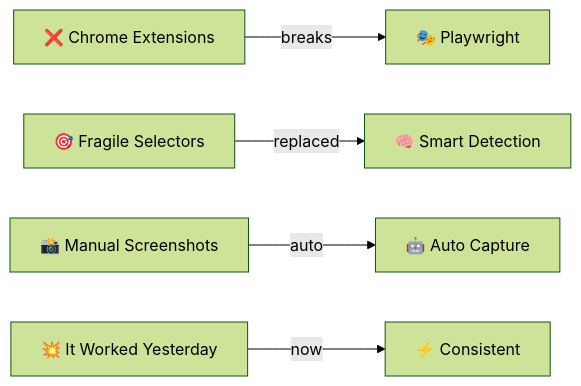
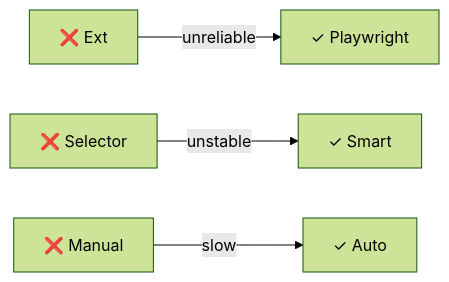
Before and after one commit to mangiapanejohn-dev/Resonix-AG: the third of 5 diagrams in README.md, drawn with Mermaid (forest theme). The commit also changed other lines of this file, not shown here.

````diff
--- a/README.md
+++ b/README.md
@@ -84,7 +118,6 @@
 ```mermaid
 flowchart LR
-    A[❌ Chrome Extensions] -->|breaks| B[🎭 Playwright]
-    C[🎯 Fragile Selectors] -->|replaced| D[🧠 Smart Detection]
-    E[📸 Manual Screenshots] -->|auto| F[🤖 Auto Capture]
-    G[💥 It Worked Yesterday] -->|now| H[⚡ Consistent]
+    Ext[❌ Ext] -->|unreliable| PW[✓ Playwright]
+    Sel[❌ Selector] -->|unstable| Smart[✓ Smart]
+    SS[❌ Manual] -->|slow| Auto[✓ Auto]
 ```
````
